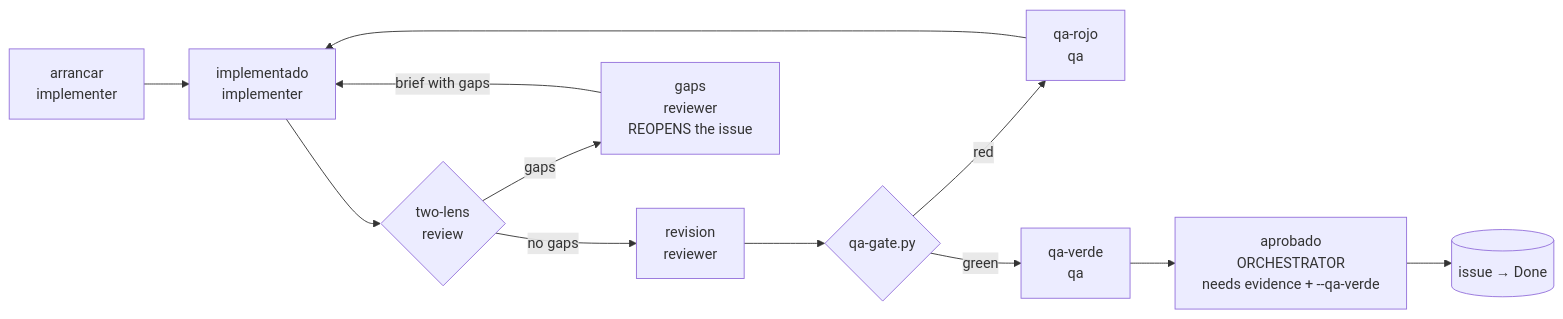
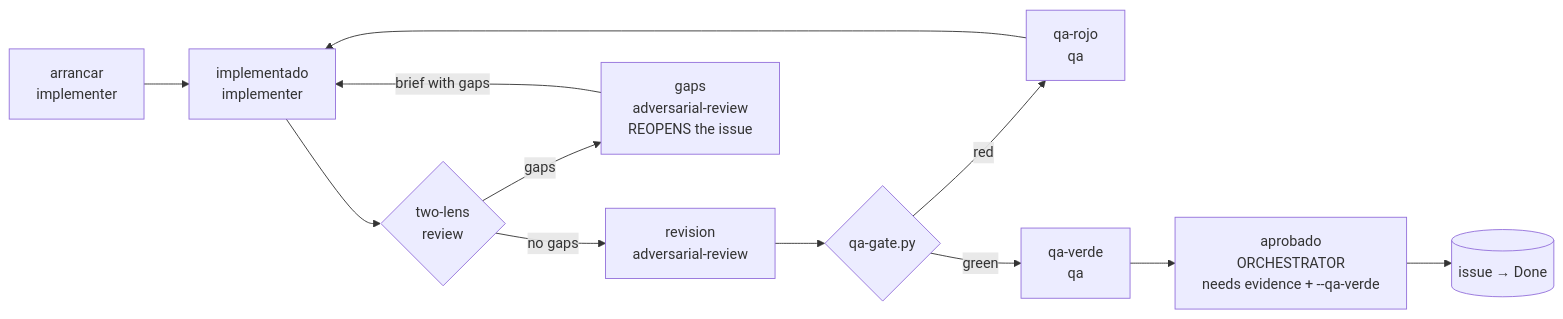
Before and after one commit to daycry/custom-agents: the seventh of 13 diagrams in docs/en/FLOWS.md, drawn with Mermaid. The commit also changed other lines of this file and 8 other files, not shown here.

First line of the commit message:
T-01-fix1: adversarial-review como dueno unico del evento revision/gaps, doc

````diff
--- a/docs/en/FLOWS.md
+++ b/docs/en/FLOWS.md
@@ -182,14 +182,14 @@
 ```mermaid
 flowchart LR
     A["arrancar<br/>implementer"] --> B["implementado<br/>implementer"]
     B --> C{"two-lens<br/>review"}
-    C -->|no gaps| D["revision<br/>reviewer"]
-    C -->|gaps| E["gaps<br/>reviewer<br/>REOPENS the issue"]
+    C -->|no gaps| D["revision<br/>adversarial-review"]
+    C -->|gaps| E["gaps<br/>adversarial-review<br/>REOPENS the issue"]
     E -->|brief with gaps| B
     D --> F{"qa-gate.py"}
     F -->|red| G["qa-rojo<br/>qa"]
     G --> B
     F -->|green| H["qa-verde<br/>qa"]
     H --> I["aprobado<br/>ORCHESTRATOR<br/>needs evidence + --qa-verde"]
     I --> J[("issue → Done")]
 ```
````
